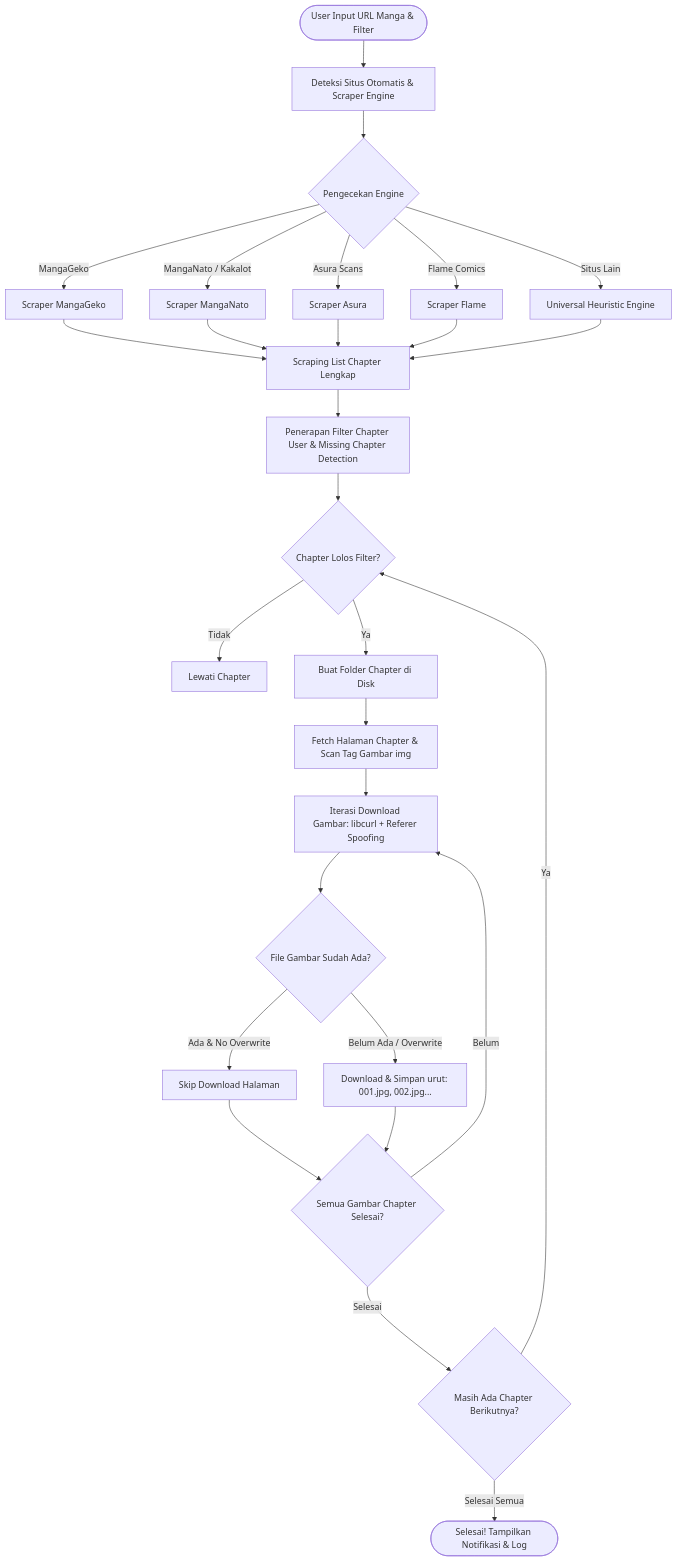
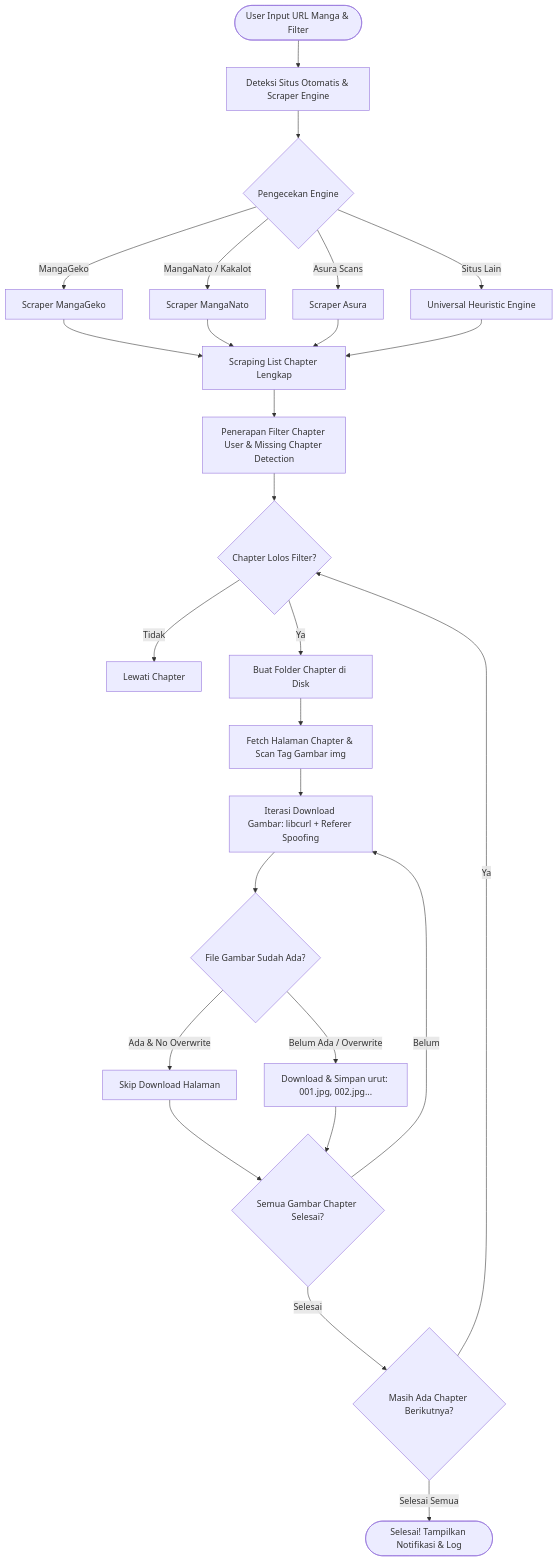
One commit to gcmaniac/manga_downloader changed the diagram in README.id.md. Above: the diagram before and after it, drawn with Mermaid. The commit also changed other lines of this file and 6 other files, not shown here.

Commit message:
feat: add core downloader and scraper modules for manga scraping and UI support

````diff
--- a/README.id.md
+++ b/README.id.md
@@ -66,28 +66,27 @@
 ```mermaid
 flowchart TD
     A([User Input URL Manga & Filter]) --> B[Deteksi Situs Otomatis & Scraper Engine]
     B --> C{Pengecekan Engine}
     C -->|MangaGeko| D1[Scraper MangaGeko]
     C -->|MangaNato / Kakalot| D2[Scraper MangaNato]
     C -->|Asura Scans| D3[Scraper Asura]
-    C -->|Flame Comics| D4[Scraper Flame]
-    C -->|Situs Lain| D5[Universal Heuristic Engine]
+    C -->|Situs Lain| D4[Universal Heuristic Engine]
     
-    D1 & D2 & D3 & D4 & D5 --> E[Scraping List Chapter Lengkap]
+    D1 & D2 & D3 & D4 --> E[Scraping List Chapter Lengkap]
     E --> F[Penerapan Filter Chapter User & Missing Chapter Detection]
     F --> G{Chapter Lolos Filter?}
     G -- Tidak --> H[Lewati Chapter]
     G -- Ya --> I[Buat Folder Chapter di Disk]
     
     I --> J[Fetch Halaman Chapter & Scan Tag Gambar img]
     J --> K[Iterasi Download Gambar: libcurl + Referer Spoofing]
     K --> L{File Gambar Sudah Ada?}
     L -- Ada & No Overwrite --> M[Skip Download Halaman]
     L -- Belum Ada / Overwrite --> N[Download & Simpan urut: 001.jpg, 002.jpg...]
     
     M & N --> O{Semua Gambar Chapter Selesai?}
     O -- Belum --> K
     O -- Selesai --> P{Masih Ada Chapter Berikutnya?}
     P -- Ya --> G
     P -- Selesai Semua --> Q([Selesai! Tampilkan Notifikasi & Log])
 ```
````
